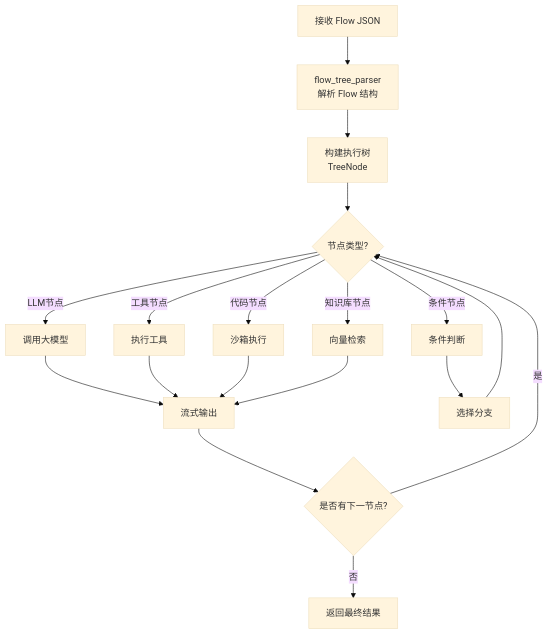
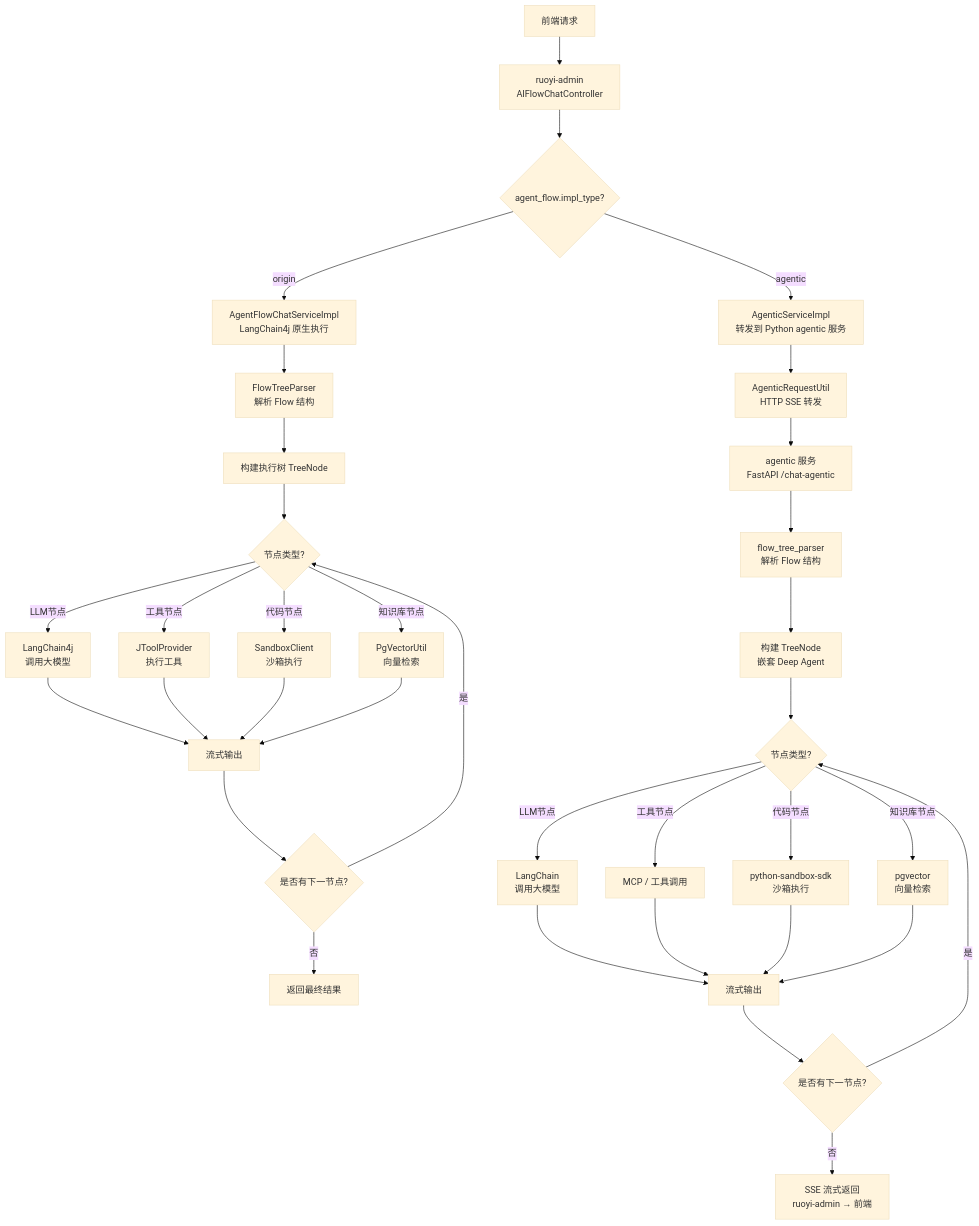
Before and after one commit to zjwan461/ruoyi-langchain4j: the fifth of 10 diagrams in ARCHITECTURE.md, drawn with Mermaid (base theme). The commit also changed other lines of this file, not shown here.

````diff
--- a/ARCHITECTURE.md
+++ b/ARCHITECTURE.md
@@ -535,23 +551,46 @@
 ```mermaid
 graph TD
-    A[接收 Flow JSON] --> B[flow_tree_parser<br/>解析 Flow 结构]
-    B --> C[构建执行树<br/>TreeNode]
-    C --> D{节点类型?}
+    A[前端请求] --> B[ruoyi-admin<br/>AIFlowChatController]
+    B --> C{agent_flow.impl_type?}
     
-    D -->|LLM节点| E[调用大模型]
-    D -->|工具节点| F[执行工具]
-    D -->|条件节点| G[条件判断]
-    D -->|代码节点| H[沙箱执行]
-    D -->|知识库节点| I[向量检索]
+    C -->|origin| D[AgentFlowChatServiceImpl<br/>LangChain4j 原生执行]
+    C -->|agentic| E[AgenticServiceImpl<br/>转发到 Python agentic 服务]
     
-    E --> J[流式输出]
-    F --> J
-    G --> K[选择分支]
-    H --> J
-    I --> J
+    D --> D1[FlowTreeParser<br/>解析 Flow 结构]
+    D1 --> D2[构建执行树 TreeNode]
+    D2 --> D3{节点类型?}
     
-    K --> D
-    J --> L{是否有下一节点?}
-    L -->|是| D
-    L -->|否| M[返回最终结果]
+    D3 -->|LLM节点| D4[LangChain4j<br/>调用大模型]
+    D3 -->|工具节点| D5[JToolProvider<br/>执行工具]
+    D3 -->|代码节点| D6[SandboxClient<br/>沙箱执行]
+    D3 -->|知识库节点| D7[PgVectorUtil<br/>向量检索]
+    
+    D4 --> D8[流式输出]
+    D5 --> D8
+    D6 --> D8
+    D7 --> D8
+    
+    D8 --> D9{是否有下一节点?}
+    D9 -->|是| D3
+    D9 -->|否| D10[返回最终结果]
+    
+    E --> E1[AgenticRequestUtil<br/>HTTP SSE 转发]
+    E1 --> E2[agentic 服务<br/>FastAPI /chat-agentic]
+    E2 --> E3[flow_tree_parser<br/>解析 Flow 结构]
+    E3 --> E4[构建 TreeNode<br/>嵌套 Deep Agent]
+    E4 --> E5{节点类型?}
+    
+    E5 -->|LLM节点| E6[LangChain<br/>调用大模型]
+    E5 -->|工具节点| E7[MCP / 工具调用]
+    E5 -->|代码节点| E8[python-sandbox-sdk<br/>沙箱执行]
+    E5 -->|知识库节点| E9[pgvector<br/>向量检索]
+    
+    E6 --> E10[流式输出]
+    E7 --> E10
+    E8 --> E10
+    E9 --> E10
+    
+    E10 --> E11{是否有下一节点?}
+    E11 -->|是| E5
+    E11 -->|否| E12[SSE 流式返回<br/>ruoyi-admin → 前端]
 ```
````
